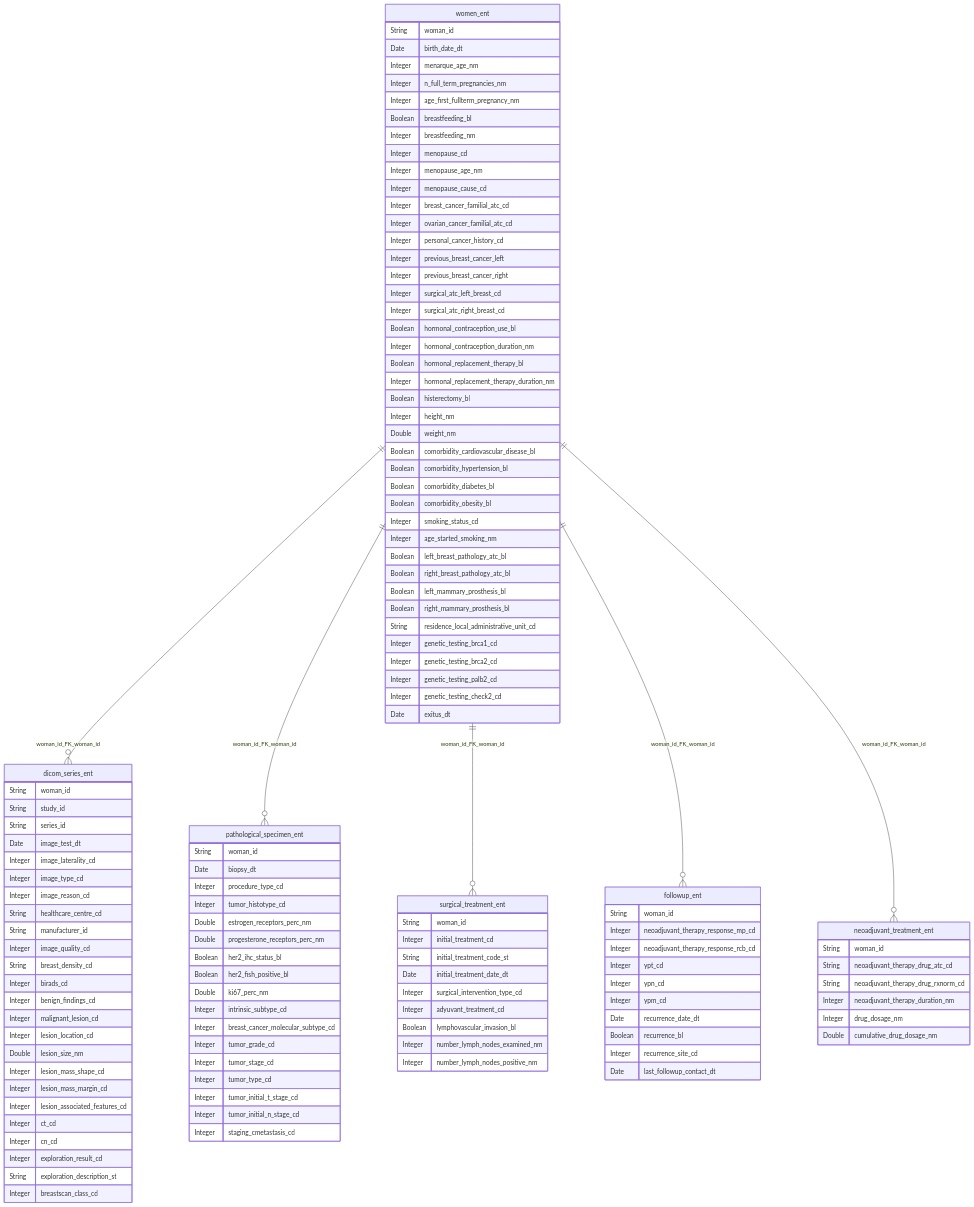
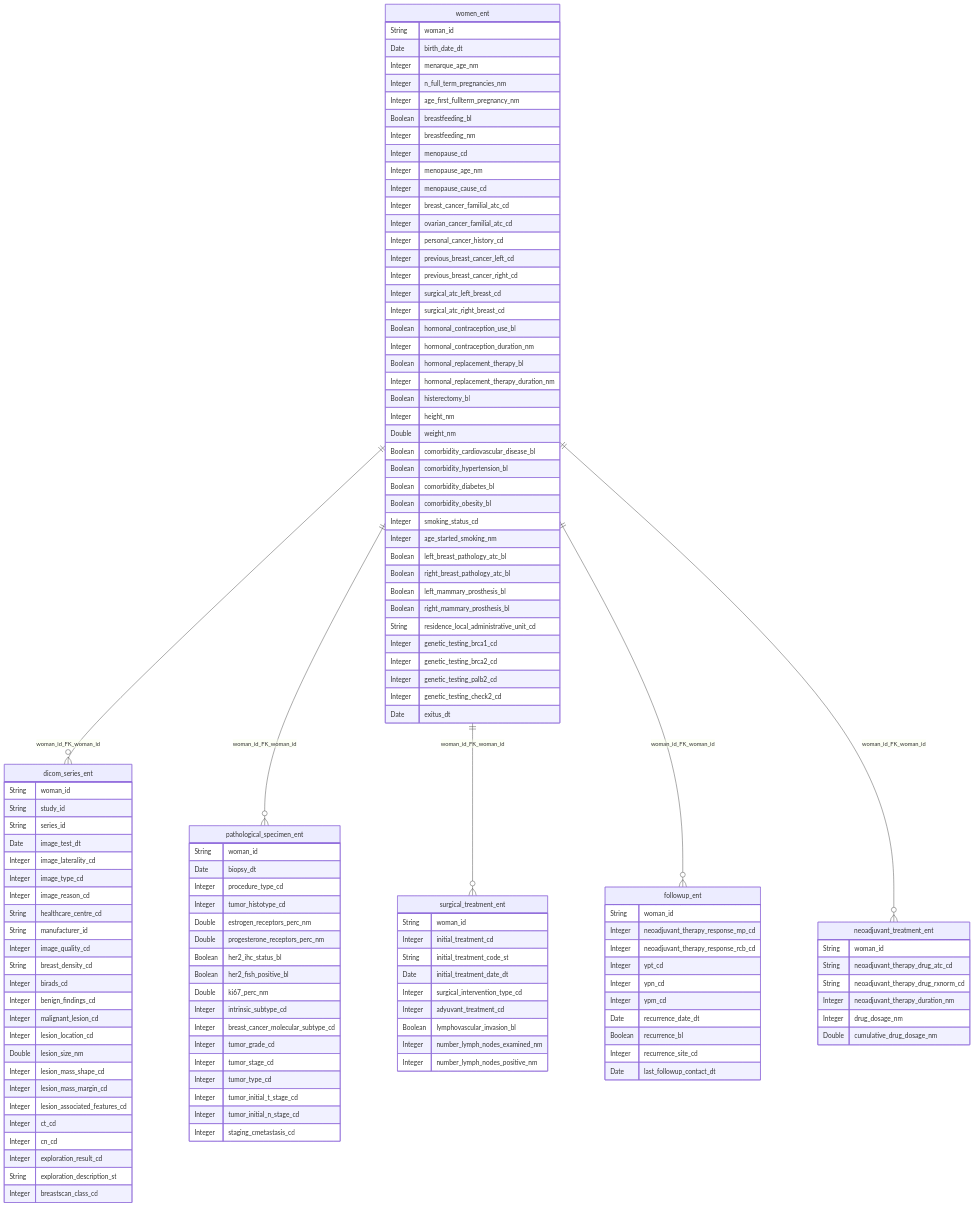
One commit to BreastSCan/Common-Data-Model changed the diagram in docs/CDM/ER.mmd. Above: the diagram before and after it, drawn with Mermaid. The commit also changed 16 other files, not shown here.

```diff
--- a/docs/CDM/ER.mmd
+++ b/docs/CDM/ER.mmd
@@ -1,124 +1,124 @@
 erDiagram
   women_ent {
     String woman_id
     Date birth_date_dt
     Integer menarque_age_nm
     Integer n_full_term_pregnancies_nm
     Integer age_first_fullterm_pregnancy_nm
     Boolean breastfeeding_bl
     Integer breastfeeding_nm
     Integer menopause_cd
     Integer menopause_age_nm
     Integer menopause_cause_cd
     Integer breast_cancer_familial_atc_cd
     Integer ovarian_cancer_familial_atc_cd
     Integer personal_cancer_history_cd
-    Integer previous_breast_cancer_left
-    Integer previous_breast_cancer_right
+    Integer previous_breast_cancer_left_cd
+    Integer previous_breast_cancer_right_cd
     Integer surgical_atc_left_breast_cd
     Integer surgical_atc_right_breast_cd
     Boolean hormonal_contraception_use_bl
     Integer hormonal_contraception_duration_nm
     Boolean hormonal_replacement_therapy_bl
     Integer hormonal_replacement_therapy_duration_nm
     Boolean histerectomy_bl
     Integer height_nm
     Double weight_nm
     Boolean comorbidity_cardiovascular_disease_bl
     Boolean comorbidity_hypertension_bl
     Boolean comorbidity_diabetes_bl
     Boolean comorbidity_obesity_bl
     Integer smoking_status_cd
     Integer age_started_smoking_nm
     Boolean left_breast_pathology_atc_bl
     Boolean right_breast_pathology_atc_bl
     Boolean left_mammary_prosthesis_bl
     Boolean right_mammary_prosthesis_bl
     String residence_local_administrative_unit_cd
     Integer genetic_testing_brca1_cd
     Integer genetic_testing_brca2_cd
     Integer genetic_testing_palb2_cd
     Integer genetic_testing_check2_cd
     Date exitus_dt
   }
   dicom_series_ent {
     String woman_id
     String study_id
     String series_id
     Date image_test_dt
     Integer image_laterality_cd
     Integer image_type_cd
     Integer image_reason_cd
     String healthcare_centre_cd
     String manufacturer_id
     Integer image_quality_cd
     String breast_density_cd
     Integer birads_cd
     Integer benign_findings_cd
     Integer malignant_lesion_cd
     Integer lesion_location_cd
     Double lesion_size_nm
     Integer lesion_mass_shape_cd
     Integer lesion_mass_margin_cd
     Integer lesion_associated_features_cd
     Integer ct_cd
     Integer cn_cd
     Integer exploration_result_cd
     String exploration_description_st
     Integer breastscan_class_cd
   }
   surgical_treatment_ent {
     String woman_id
     Integer initial_treatment_cd
     String initial_treatment_code_st
     Date initial_treatment_date_dt
     Integer surgical_intervention_type_cd
     Integer adyuvant_treatment_cd
     Boolean lymphovascular_invasion_bl
     Integer number_lymph_nodes_examined_nm
     Integer number_lymph_nodes_positive_nm
   }
   pathological_specimen_ent {
     String woman_id
     Date biopsy_dt
     Integer procedure_type_cd
     Integer tumor_histotype_cd
     Double estrogen_receptors_perc_nm
     Double progesterone_receptors_perc_nm
     Boolean her2_ihc_status_bl
     Boolean her2_fish_positive_bl
     Double ki67_perc_nm
     Integer intrinsic_subtype_cd
     Integer breast_cancer_molecular_subtype_cd
     Integer tumor_grade_cd
     Integer tumor_stage_cd
     Integer tumor_type_cd
     Integer tumor_initial_t_stage_cd
     Integer tumor_initial_n_stage_cd
     Integer staging_cmetastasis_cd
   }
   neoadjuvant_treatment_ent {
     String woman_id
     String neoadjuvant_therapy_drug_atc_cd
     String neoadjuvant_therapy_drug_rxnorm_cd
     Integer neoadjuvant_therapy_duration_nm
     Integer drug_dosage_nm
     Double cumulative_drug_dosage_nm
   }
   followup_ent {
     String woman_id
     Integer neoadjuvant_therapy_response_mp_cd
     Integer neoadjuvant_therapy_response_rcb_cd
     Integer ypt_cd
     Integer ypn_cd
     Integer ypm_cd
     Date recurrence_date_dt
     Boolean recurrence_bl
     Integer recurrence_site_cd
     Date last_followup_contact_dt
   }
   women_ent ||--o{ dicom_series_ent : "woman_id_FK_woman_id"
   women_ent ||--o{ pathological_specimen_ent : "woman_id_FK_woman_id"
   women_ent ||--o{ surgical_treatment_ent : "woman_id_FK_woman_id"
   women_ent ||--o{ followup_ent : "woman_id_FK_woman_id"
   women_ent ||--o{ neoadjuvant_treatment_ent : "woman_id_FK_woman_id"
```
